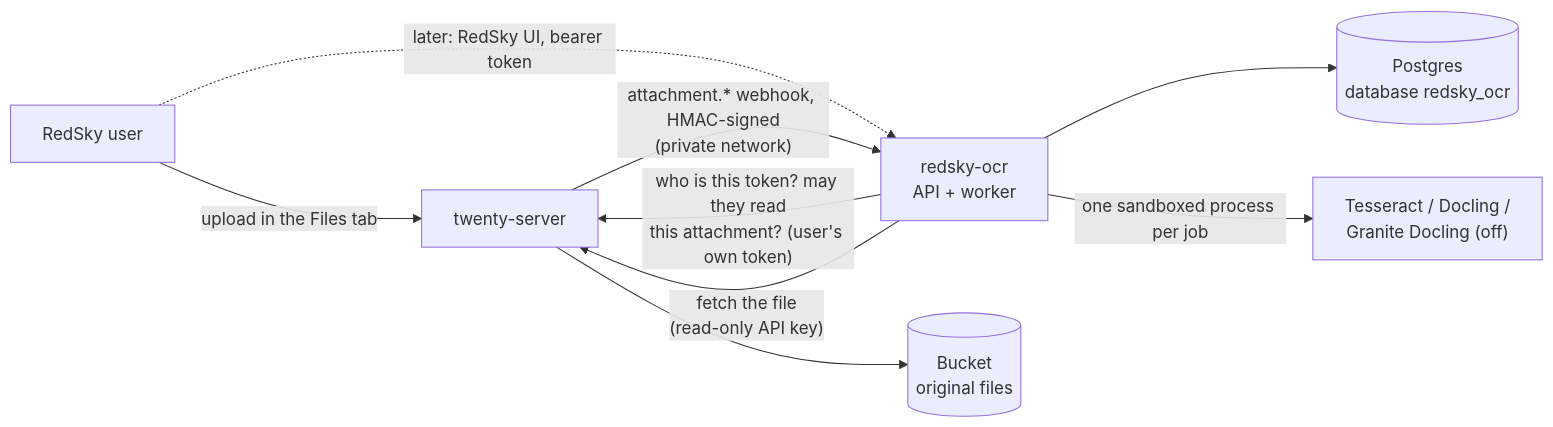
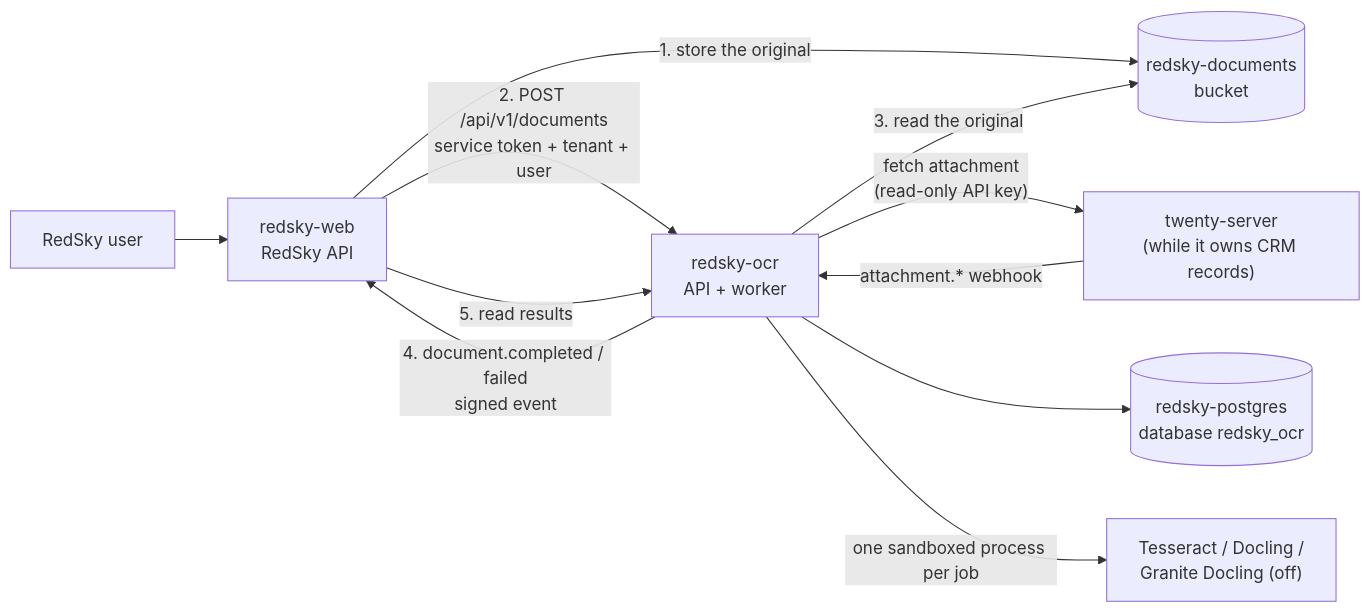
One commit to cody-rsm/redsky-core changed the diagram in services/ocr/README.md. Above: the diagram before and after it, drawn with Mermaid. The commit also changed other lines of this file and 15 other files, not shown here.

First line of the commit message:
Document the RedSky platform structure

````diff
--- a/services/ocr/README.md
+++ b/services/ocr/README.md
@@ -9,11 +9,13 @@
 ```mermaid
 flowchart LR
-  USER["RedSky user"] -->|"upload in the Files tab"| TW["twenty-server"]
-  USER -.->|"later: RedSky UI, bearer token"| OCR
-  TW -->|"attachment.* webhook, HMAC-signed<br/>(private network)"| OCR["redsky-ocr<br/>API + worker"]
-  OCR -->|"who is this token? may they read<br/>this attachment? (user's own token)"| TW
-  OCR -->|"fetch the file<br/>(read-only API key)"| TW
-  TW --> BUCKET[("Bucket<br/>original files")]
-  OCR --> PG[("Postgres<br/>database redsky_ocr")]
+  USER["RedSky user"] --> API["redsky-web<br/>RedSky API"]
+  API -->|"1. store the original"| BUCKET[("redsky-documents<br/>bucket")]
+  API -->|"2. POST /api/v1/documents<br/>service token + tenant + user"| OCR["redsky-ocr<br/>API + worker"]
+  OCR -->|"3. read the original"| BUCKET
+  OCR -->|"4. document.completed / failed<br/>signed event"| API
+  API -->|"5. read results"| OCR
+  TW["twenty-server<br/>(while it owns CRM records)"] -->|"attachment.* webhook"| OCR
+  OCR -->|"fetch attachment<br/>(read-only API key)"| TW
+  OCR --> PG[("redsky-postgres<br/>database redsky_ocr")]
   OCR -->|"one sandboxed process per job"| ENG["Tesseract / Docling /<br/>Granite Docling (off)"]
 ```
````
